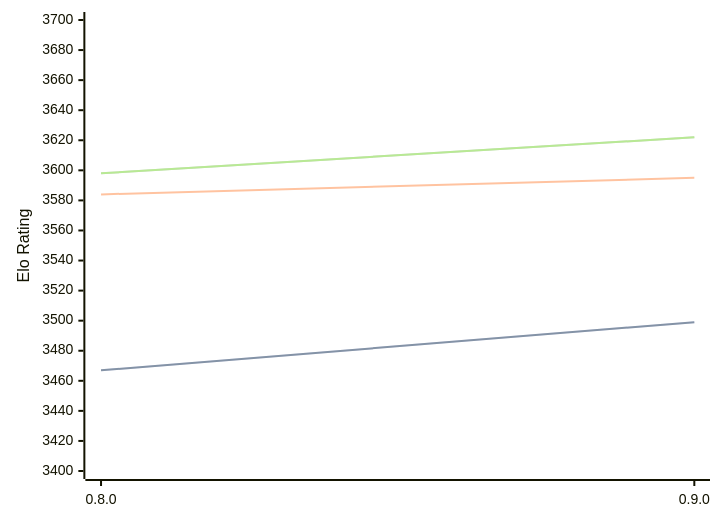
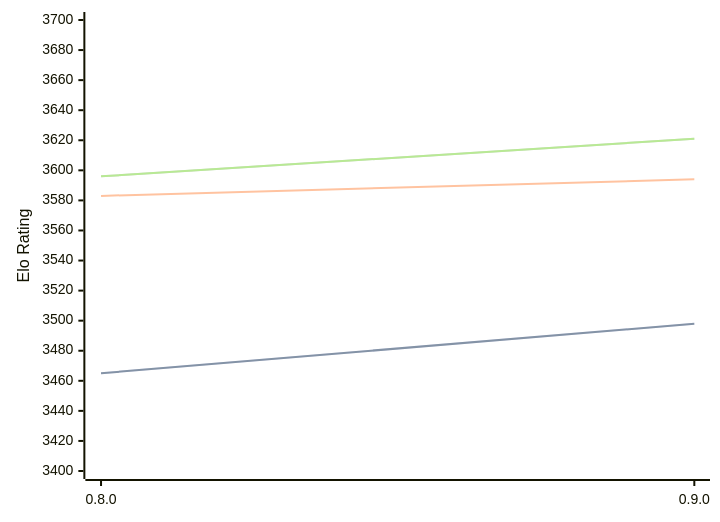
The diagram in engines/Reckless.md (computer-chess-index/cci), drawn with Mermaid before and after one commit. The commit also changed other lines of this file, not shown here.

Commit message:
Update CCI Ratings (ELO VLTC) - 2026-03-30

````diff
--- a/engines/Reckless.md
+++ b/engines/Reckless.md
@@ -39,11 +39,11 @@
 ```mermaid
 %%{init: {"theme":"base","themeVariables":{"seriesColors:['#a3a3a3','#222221','#faa371']}}}%%
 xychart-beta
   x-axis ["0.8.0", "0.9.0"]
   y-axis "Elo Rating" 3400 --> 3700
-  line "STC (8.0+0.08s)" [3467, 3499]
-  line "STC (8.0+0.08s)" [3467, 3499]
-  line "LTC (60.0+0.60s)" [3584, 3595]
-  line "VLTC (2m24s+1.12s)" [3598, 3622]
-  line "VLTC (2m24s+1.12s)" [3598, 3622]
+  line "STC (8.0+0.08s)" [3465, 3498]
+  line "STC (8.0+0.08s)" [3465, 3498]
+  line "LTC (60.0+0.60s)" [3583, 3594]
+  line "VLTC (2m24s+1.12s)" [3596, 3621]
+  line "VLTC (2m24s+1.12s)" [3596, 3621]
 ```
````
